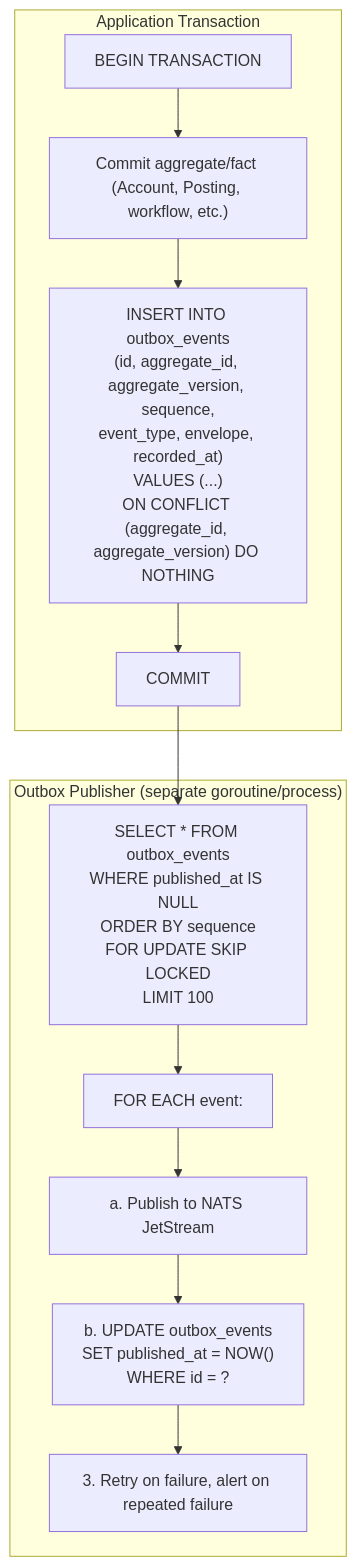
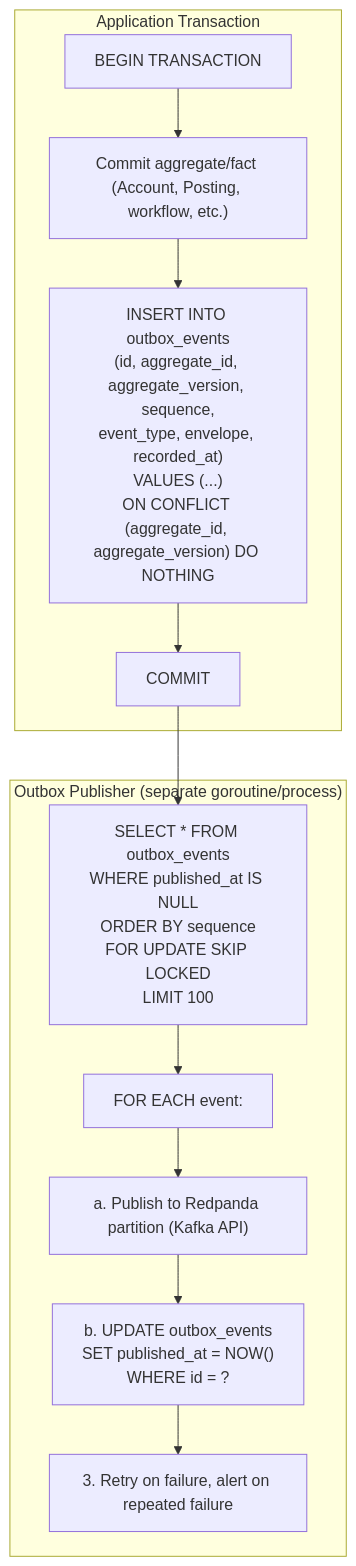
One commit to kadekutama/go-template changed the first of 3 diagrams in docs/domain-events.md. Above: the diagram before and after it, drawn with Mermaid. The commit also changed other lines of this file and 48 other files, not shown here.

First line of the commit message:
feat(arch): distributed architecture evolution & hybrid migration planning

````diff
--- a/docs/domain-events.md
+++ b/docs/domain-events.md
@@ -492,26 +493,26 @@
 ```mermaid
 graph TB
     subgraph AppTx["Application Transaction"]
         Begin["BEGIN TRANSACTION"]
         SaveAgg["Commit aggregate/fact (Account, Posting, workflow, etc.)"]
         InsertEvent["INSERT INTO outbox_events\n(id, aggregate_id, aggregate_version, sequence,\nevent_type, envelope, recorded_at)\nVALUES (...)\nON CONFLICT (aggregate_id, aggregate_version) DO NOTHING"]
         Commit["COMMIT"]
     end
 
     subgraph OutboxPub["Outbox Publisher (separate goroutine/process)"]
         Select["SELECT * FROM outbox_events\nWHERE published_at IS NULL\nORDER BY sequence\nFOR UPDATE SKIP LOCKED\nLIMIT 100"]
         ForEach["FOR EACH event:"]
-        Publish["a. Publish to NATS JetStream"]
+        Publish["a. Publish to Redpanda partition (Kafka API)"]
         Update["b. UPDATE outbox_events\nSET published_at = NOW()\nWHERE id = ?"]
         Retry["3. Retry on failure, alert on repeated failure"]
     end
 
     Begin --> SaveAgg
     SaveAgg --> InsertEvent
     InsertEvent --> Commit
     Commit --> Select
     Select --> ForEach
     ForEach --> Publish
     Publish --> Update
     Update --> Retry
 ```
````
